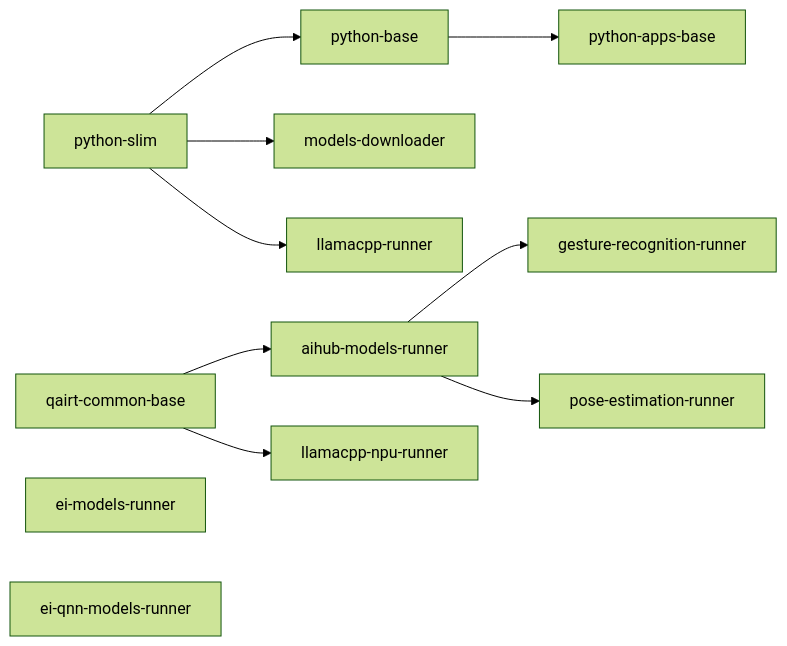
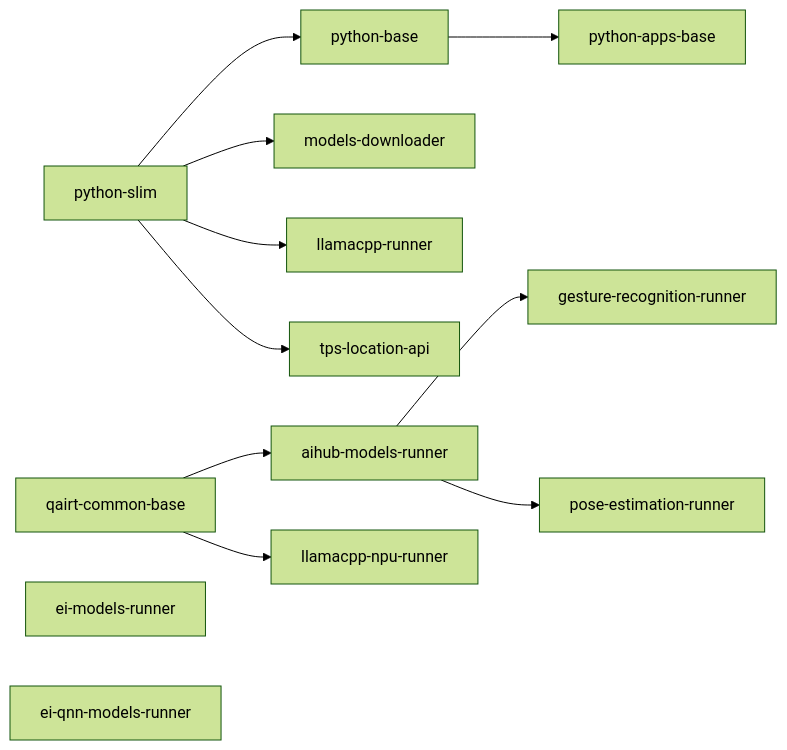
The diagram in containers/README.md (arduino/app-bricks-py), drawn with Mermaid (forest theme) before and after one commit. The commit also changed other lines of this file and 3 other files, not shown here.

Commit message:
build(tps-location-api): port the tps-location-api container

````diff
--- a/containers/README.md
+++ b/containers/README.md
@@ -29,11 +30,12 @@
 ```mermaid
 graph LR
   slim[python-slim] --> base[python-base] --> apps[python-apps-base]
   slim --> dl[models-downloader]
   slim --> lcpp[llamacpp-runner]
   qairt[qairt-common-base] --> aihub[aihub-models-runner] --> gesture[gesture-recognition-runner]
   aihub --> pose[pose-estimation-runner]
   qairt --> lcppnpu[llamacpp-npu-runner]
   ei[ei-models-runner]
   eiqnn[ei-qnn-models-runner]
+  slim --> tpslocationapi[tps-location-api]
 ```
````
